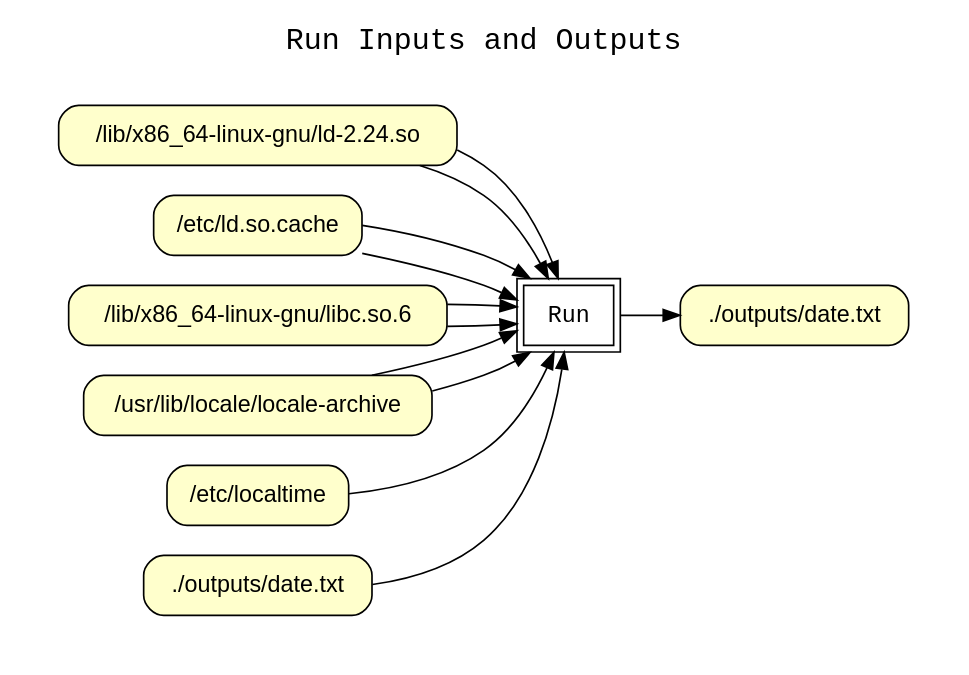
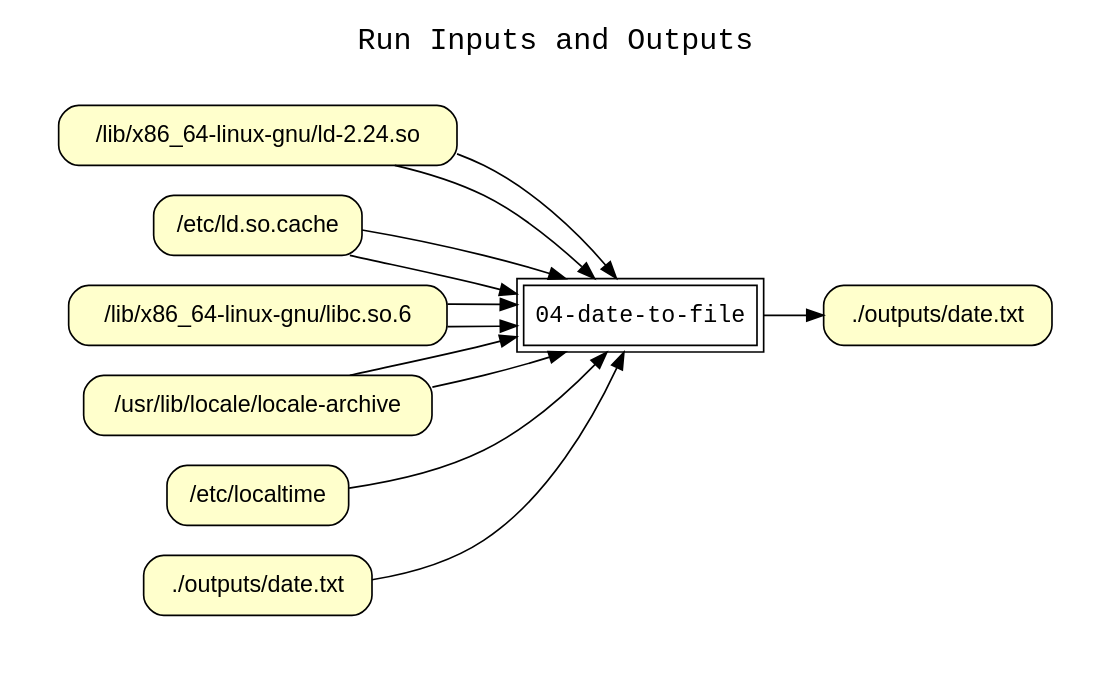
The diagram in examples/04-date-to-file/graphs/wt_run_inputs_outputs.dot (CIRSS/cpr), drawn with Graphviz before and after one commit. The commit also changed 24 other files, not shown here.

Commit message:
Now capturing run name and rendering in run graph

```diff
--- a/examples/04-date-to-file/graphs/wt_run_inputs_outputs.dot
+++ b/examples/04-date-to-file/graphs/wt_run_inputs_outputs.dot
@@ -1,38 +1,38 @@
 
 digraph wt_run {
 rankdir=LR
 fontname=Courier; fontsize=18; labelloc=t
 label="Run Inputs and Outputs"
 node[shape=box style="filled" fillcolor="#FFFFFF" peripheries=2 fontname=Courier]
-"Run"
+"04-date-to-file"
 subgraph cluster_inputs { label=""; color=white; penwidth=0
 subgraph cluster_inputs_inner { label=""; color=white
 node[shape=box style="rounded,filled" fillcolor="#FFFFCC" peripheries=1 fontname=Helvetica]
 "input:/lib/x86_64-linux-gnu/ld-2.24.so" [label="/lib/x86_64-linux-gnu/ld-2.24.so"]
 "input:/etc/ld.so.cache" [label="/etc/ld.so.cache"]
 "input:/lib/x86_64-linux-gnu/libc.so.6" [label="/lib/x86_64-linux-gnu/libc.so.6"]
 "input:/usr/lib/locale/locale-archive" [label="/usr/lib/locale/locale-archive"]
 "input:/etc/localtime" [label="/etc/localtime"]
 "input:/lib/x86_64-linux-gnu/ld-2.24.so" [label="/lib/x86_64-linux-gnu/ld-2.24.so"]
 "input:/etc/ld.so.cache" [label="/etc/ld.so.cache"]
 "input:/lib/x86_64-linux-gnu/libc.so.6" [label="/lib/x86_64-linux-gnu/libc.so.6"]
 "input:/usr/lib/locale/locale-archive" [label="/usr/lib/locale/locale-archive"]
 "input:./outputs/date.txt" [label="./outputs/date.txt"]
 }}
 subgraph cluster_outputs { label=""; color=white; penwidth=0
 subgraph cluster_outputs_inner { label=""; color=white
 node[shape=box style="rounded,filled" fillcolor="#FFFFCC" peripheries=1 fontname=Helvetica]
 "output:./outputs/date.txt" [label="./outputs/date.txt"]
 }}
-"input:/lib/x86_64-linux-gnu/ld-2.24.so" -> "Run"
-"input:/etc/ld.so.cache" -> "Run"
-"input:/lib/x86_64-linux-gnu/libc.so.6" -> "Run"
-"input:/usr/lib/locale/locale-archive" -> "Run"
-"input:/etc/localtime" -> "Run"
-"input:/lib/x86_64-linux-gnu/ld-2.24.so" -> "Run"
-"input:/etc/ld.so.cache" -> "Run"
-"input:/lib/x86_64-linux-gnu/libc.so.6" -> "Run"
-"input:/usr/lib/locale/locale-archive" -> "Run"
-"input:./outputs/date.txt" -> "Run"
-"Run" -> "output:./outputs/date.txt"
+"input:/lib/x86_64-linux-gnu/ld-2.24.so" -> "04-date-to-file"
+"input:/etc/ld.so.cache" -> "04-date-to-file"
+"input:/lib/x86_64-linux-gnu/libc.so.6" -> "04-date-to-file"
+"input:/usr/lib/locale/locale-archive" -> "04-date-to-file"
+"input:/etc/localtime" -> "04-date-to-file"
+"input:/lib/x86_64-linux-gnu/ld-2.24.so" -> "04-date-to-file"
+"input:/etc/ld.so.cache" -> "04-date-to-file"
+"input:/lib/x86_64-linux-gnu/libc.so.6" -> "04-date-to-file"
+"input:/usr/lib/locale/locale-archive" -> "04-date-to-file"
+"input:./outputs/date.txt" -> "04-date-to-file"
+"04-date-to-file" -> "output:./outputs/date.txt"
 }
```
